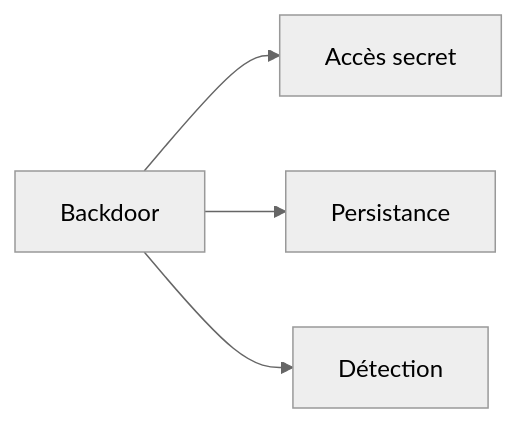
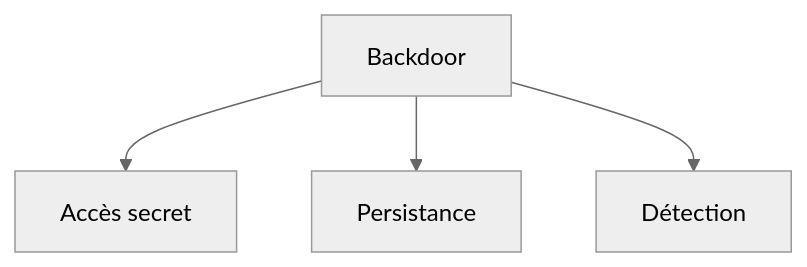
The fourth of 42 diagrams in docs/glossaire/cybersecurite.md (zyrass/omnydocs), drawn with Mermaid (neutral theme) before and after one commit. The commit also changed other lines of this file and 1780 other files, not shown here.

````diff
--- a/docs/glossaire/cybersecurite.md
+++ b/docs/glossaire/cybersecurite.md
@@ -87,6 +105,6 @@
-    ```mermaid
-    graph LR
-        A[Backdoor] --> B[Accès secret]
-        A --> C[Persistance]
-        A --> D[Détection]
-    ```
+```mermaid
+graph TB
+    A[Backdoor] --> B[Accès secret]
+    A --> C[Persistance]
+    A --> D[Détection]
+```
````
